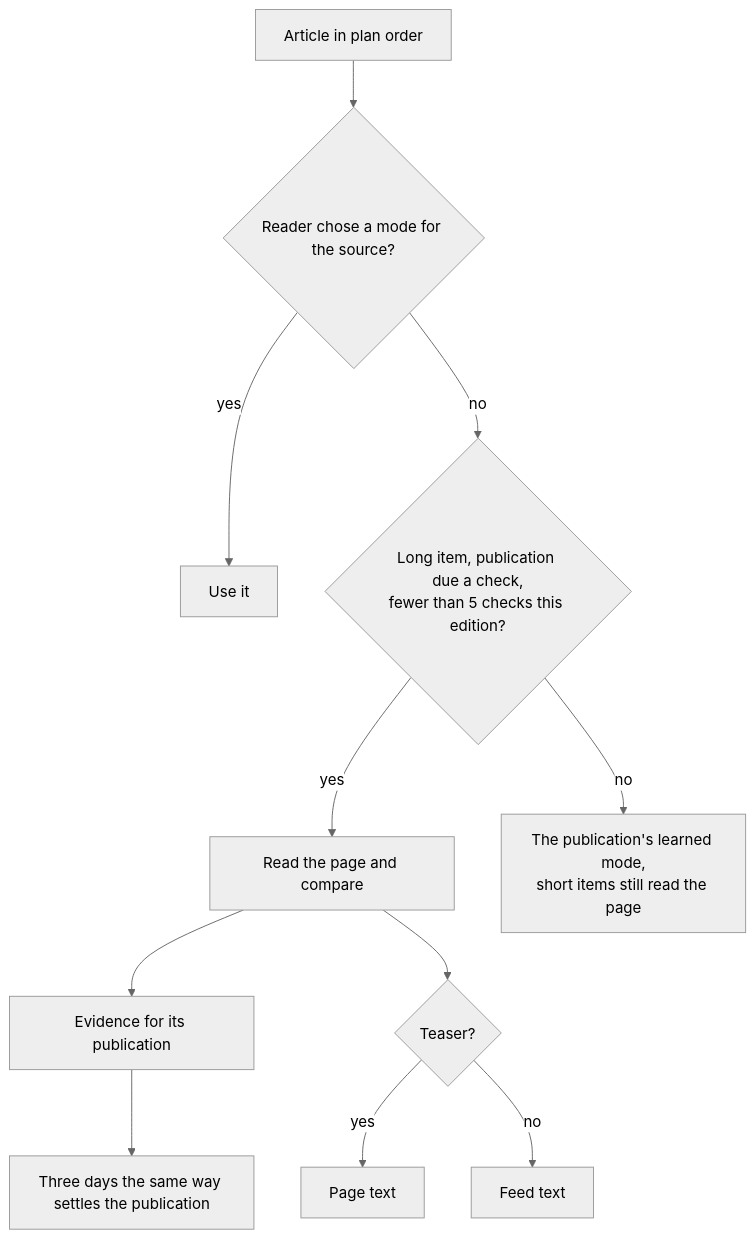
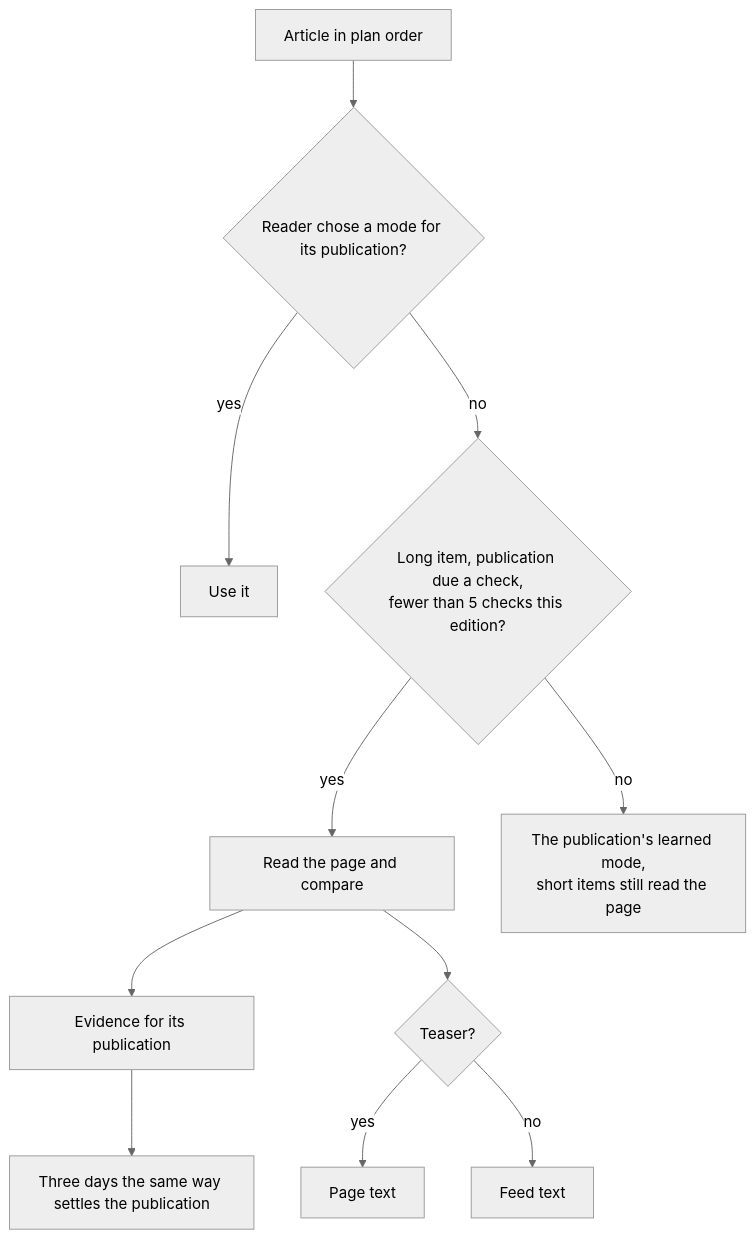
Before and after one commit to madCode/newspaperss: the second of 2 diagrams in docs/DESIGN.md, drawn with Mermaid (neutral theme). The commit also changed other lines of this file and 13 other files, not shown here.

````diff
--- a/docs/DESIGN.md
+++ b/docs/DESIGN.md
@@ -466,13 +466,13 @@
 ```mermaid
 flowchart TD
-    A[Article in plan order] --> B{Reader chose a mode for the source?}
+    A[Article in plan order] --> B{Reader chose a mode for its publication?}
     B -- yes --> M[Use it]
     B -- no --> C{Long item, publication due a check,<br/>fewer than 5 checks this edition?}
     C -- yes --> P[Read the page and compare]
     P --> E[Evidence for its publication]
     P --> T{Teaser?}
     T -- yes --> PG[Page text]
     T -- no --> FT[Feed text]
     C -- no --> L[The publication's learned mode,<br/>short items still read the page]
     E --> S[Three days the same way settles the publication]
 ```
````
